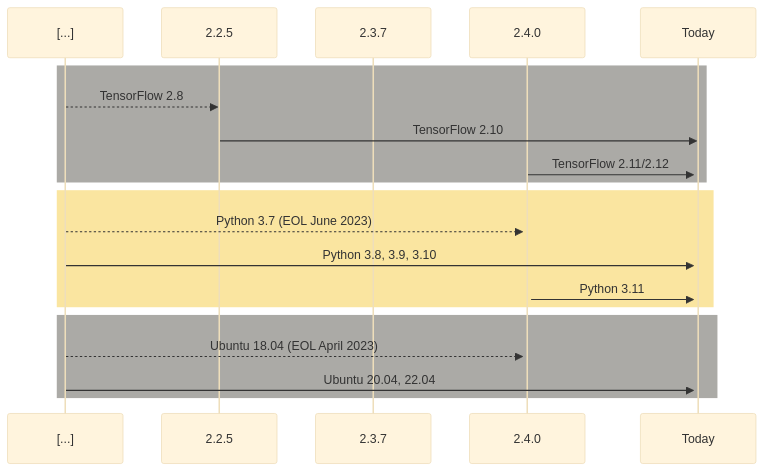
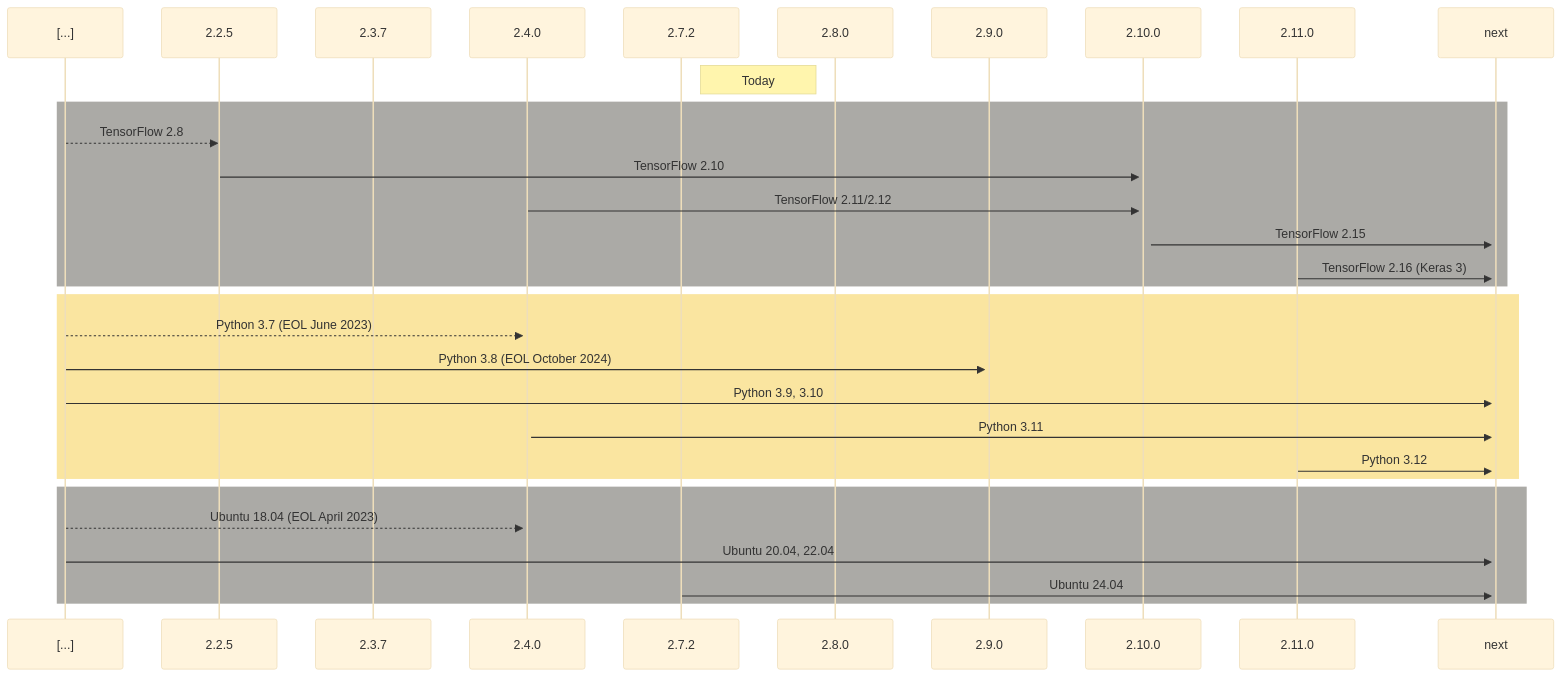
One commit to Brainchip-Inc/akida_examples changed the diagram in README.md. Above: the diagram before and after it, drawn with Mermaid.

Commit message:
chore(readme): versions history update

````diff
--- a/README.md
+++ b/README.md
@@ -58,23 +58,34 @@
 ```mermaid
 sequenceDiagram
     participant [...]
     participant 2.2.5
     participant 2.3.7
     participant 2.4.0
-    participant Today
+    participant 2.7.2
+    participant 2.8.0
+    participant 2.9.0
+    participant 2.10.0
+    participant 2.11.0
+    participant next
+    Note right of 2.7.2: Today
 rect rgb(171, 170, 166)
     [...]-->>2.2.5: TensorFlow 2.8
-    2.2.5->>Today: TensorFlow 2.10
-    2.4.0->>+Today: TensorFlow 2.11/2.12
+    2.2.5->>+2.10.0: TensorFlow 2.10
+    2.4.0->>+2.10.0: TensorFlow 2.11/2.12
+    2.10.0->>+next: TensorFlow 2.15
+    2.11.0->>+next: TensorFlow 2.16 (Keras 3)
 end
 rect rgb(250, 229, 160)
     [...]-->>+2.4.0: Python 3.7 (EOL June 2023)
-    [...]->>+Today: Python 3.8, 3.9, 3.10
-    2.4.0->>+Today: Python 3.11
+    [...]->>+2.9.0: Python 3.8 (EOL October 2024)
+    [...]->>+next: Python 3.9, 3.10
+    2.4.0->>+next: Python 3.11
+    2.11.0->>+next: Python 3.12
 end
 rect rgb(171, 170, 166)
     [...]-->>+2.4.0: Ubuntu 18.04 (EOL April 2023)
-    [...]->>+Today: Ubuntu 20.04, 22.04
+    [...]->>+next: Ubuntu 20.04, 22.04
+    2.7.2->>+next: Ubuntu 24.04
 end
 %%{init:{'theme':'base'}}%%
 ```
````
